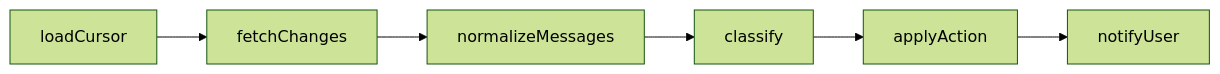
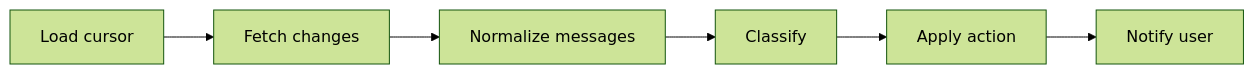
One commit to hoschi/all-personal-projects changed the fifth of 5 diagrams in apps/mail-agent/README.md. Above: the diagram before and after it, drawn with Mermaid (forest theme). The commit also changed other lines of this file, not shown here.

````diff
--- a/apps/mail-agent/README.md
+++ b/apps/mail-agent/README.md
@@ -200,8 +200,8 @@
 ```mermaid
 flowchart LR
-  S1[loadCursor] --> S2[fetchChanges]
-  S2 --> S3[normalizeMessages]
-  S3 --> S4[classify]
-  S4 --> S5[applyAction]
-  S5 --> S6[notifyUser]
+  S1[Load cursor] --> S2[Fetch changes]
+  S2 --> S3[Normalize messages]
+  S3 --> S4[Classify]
+  S4 --> S5[Apply action]
+  S5 --> S6[Notify user]
 ```
````
